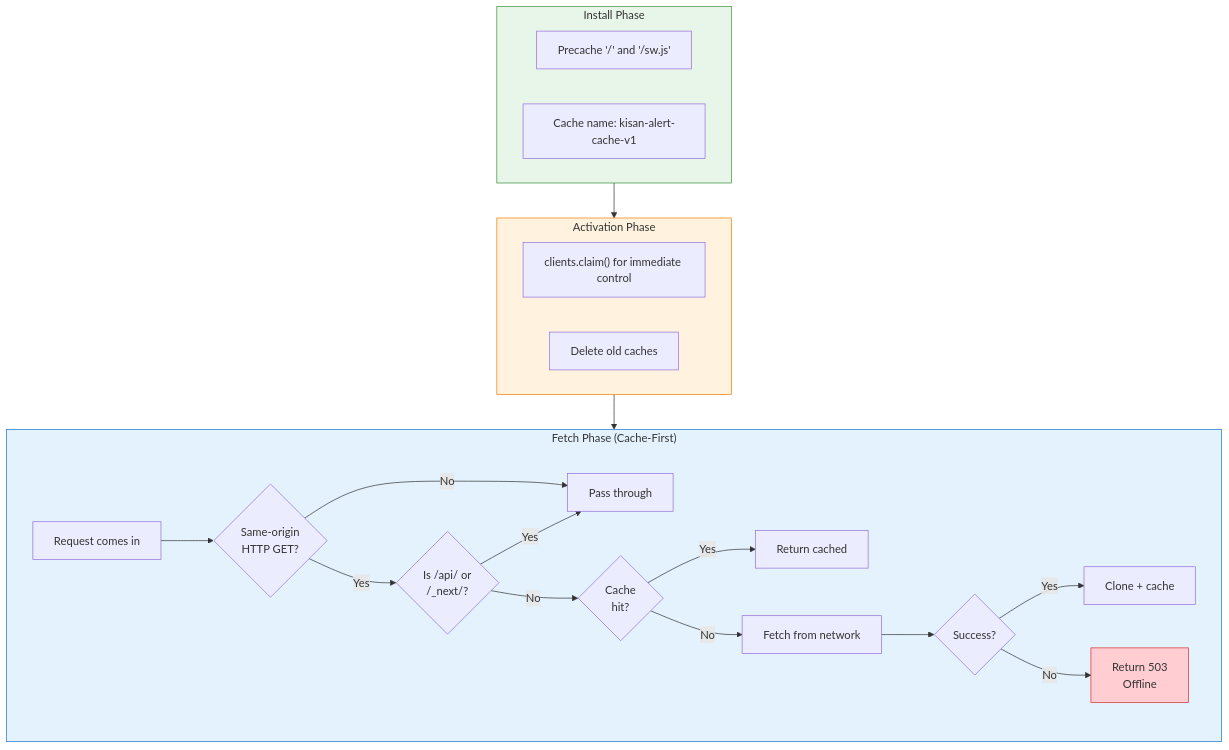
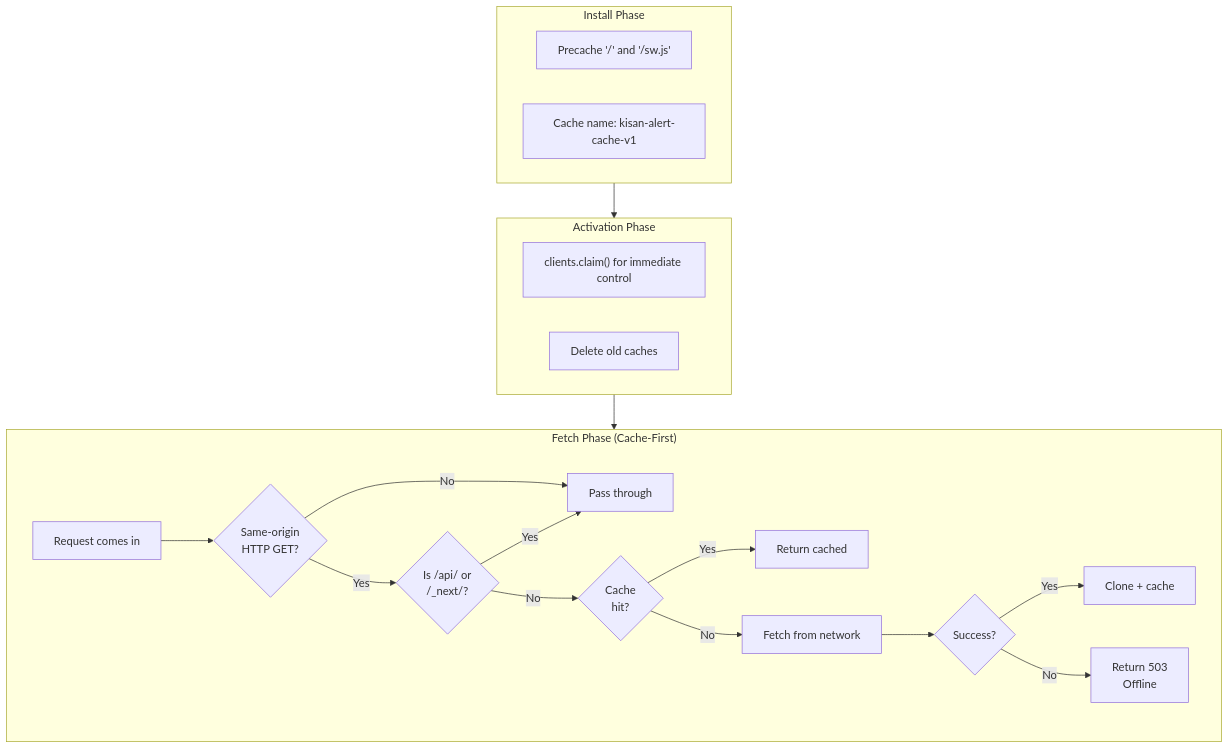
Before and after one commit to ArrinPaul/Kisan-Portal: the sixth of 13 diagrams in README.md, drawn with Mermaid. The commit also changed other lines of this file and 3 other files, not shown here.

````diff
--- a/README.md
+++ b/README.md
@@ -288,42 +262,37 @@
 ```mermaid
 flowchart TB
     subgraph Install["Install Phase"]
         A1["Precache '/' and '/sw.js'"]
         A2["Cache name: kisan-alert-cache-v1"]
     end
 
     subgraph Activate["Activation Phase"]
         B1["clients.claim() for immediate control"]
         B2["Delete old caches"]
     end
 
     subgraph Fetch["Fetch Phase (Cache-First)"]
         C1["Request comes in"]
         C2{"Same-origin<br/>HTTP GET?"}
         C3{"Is /api/ or<br/>/_next/?"}
         C4{"Cache<br/>hit?"}
         C5["Return cached"]
         C6["Fetch from network"]
         C7{"Success?"}
         C8["Clone + cache"]
         C9["Return 503<br/>Offline"]
 
         C1 --> C2
         C2 --> |No| C10["Pass through"]
         C2 --> |Yes| C3
         C3 --> |Yes| C10
         C3 --> |No| C4
         C4 --> |Yes| C5
         C4 --> |No| C6
         C6 --> C7
         C7 --> |Yes| C8
         C7 --> |No| C9
     end
 
     Install --> Activate --> Fetch
-
-    style Install fill:#e8f5e9,stroke:#388e3c
-    style Activate fill:#fff3e0,stroke:#f57c00
-    style Fetch fill:#e3f2fd,stroke:#1976d2
-    style C9 fill:#ffcdd2,stroke:#d32f2f
 ```
````
